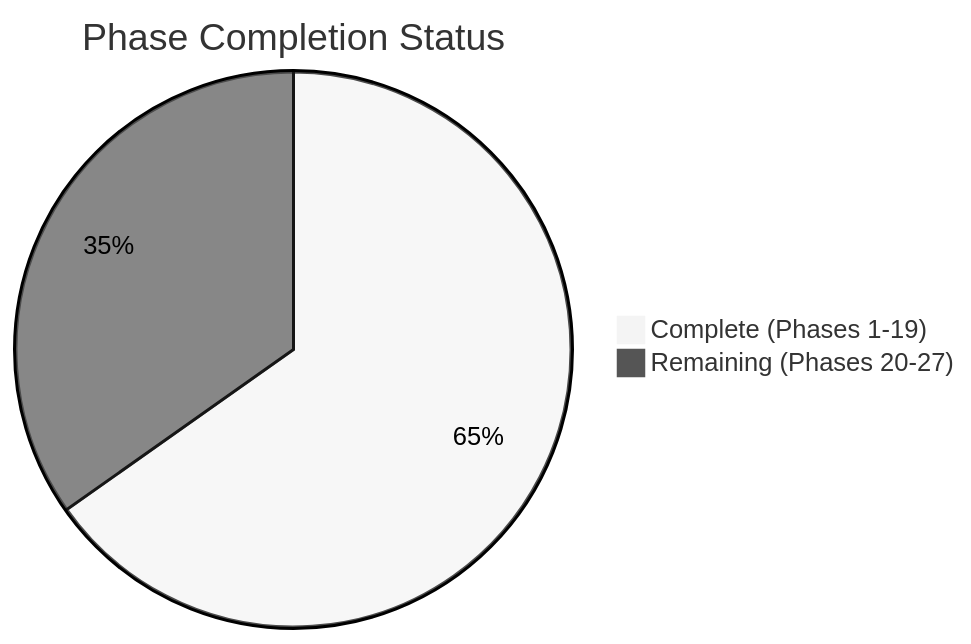
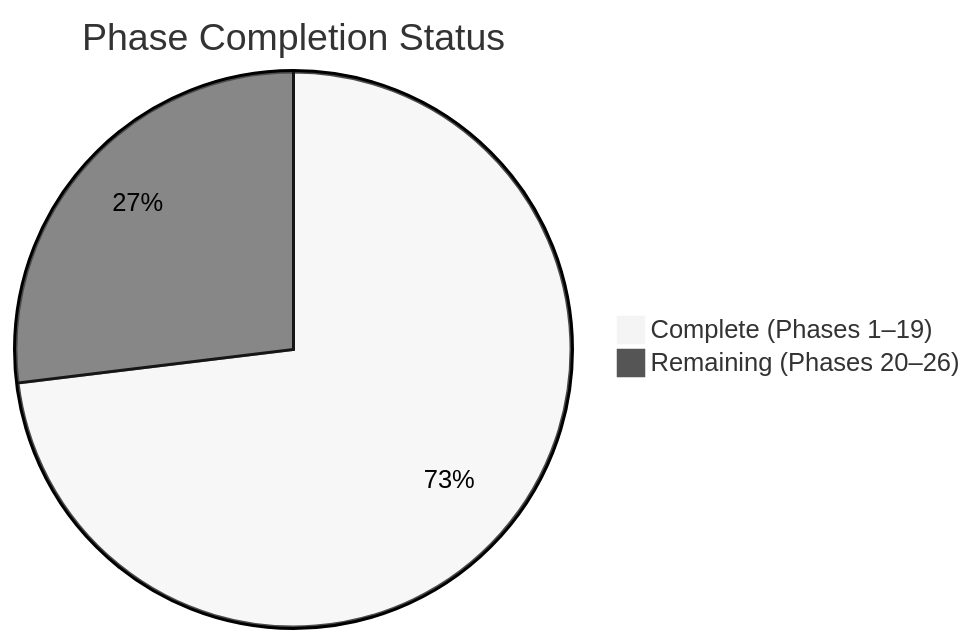
One commit to Nani040905/mobile-legal-ai-assistant changed the first of 2 diagrams in docs/07-roadmap.md. Above: the diagram before and after it, drawn with Mermaid (neutral theme). The commit also changed other lines of this file and 1 other file, not shown here.

Commit message:
Docs: Add Phase 20-26 implementation plan and update roadmap with revised execution order

````diff
--- a/docs/07-roadmap.md
+++ b/docs/07-roadmap.md
@@ -5,5 +5,5 @@
 ```mermaid
 pie title Phase Completion Status
-    "Complete (Phases 1-19)" : 15
-    "Remaining (Phases 20-27)" : 8
+    "Complete (Phases 1–19)" : 19
+    "Remaining (Phases 20–26)" : 7
 ```
````
